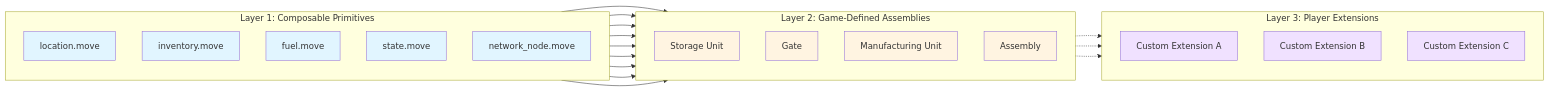
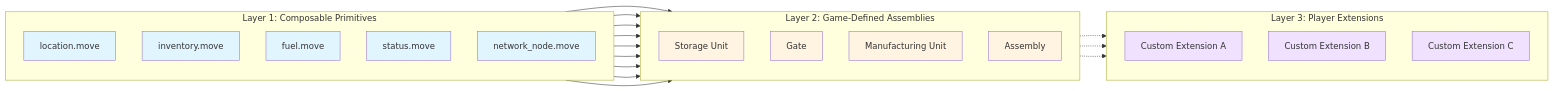
One commit to evefrontier/world-contracts changed the diagram in docs/architechture.md. Above: the diagram before and after it, drawn with Mermaid. The commit also changed other lines of this file, not shown here.

Commit message:
chore: renaming state to status

````diff
--- a/docs/architechture.md
+++ b/docs/architechture.md
@@ -133,49 +133,49 @@
 ```mermaid
 graph LR
     subgraph Layer1["Layer 1: Composable Primitives"]
         direction TB
         L1[location.move]
         L2[inventory.move]
         L3[fuel.move]
-        L4[state.move]
+        L4[status.move]
         L5[network_node.move]
     end
     
     subgraph Layer2["Layer 2: Game-Defined Assemblies"]
         direction TB
         C1[Storage Unit]
         C2[Gate]
         C3[Manufacturing Unit]
         C4[Assembly]
     end
     
     subgraph Layer3["Layer 3: Player Extensions"]
         direction TB
         PE1[Custom Extension A]
         PE2[Custom Extension B]
         PE3[Custom Extension C]
     end
     
     L1 --> C1 & C2
     L2 --> C1 & C3
     L3 --> C1 & C2 & C3
     L4 --> C4
     L5 --> C2
     
     C1 -.-> PE1
     C2 -.-> PE2
     C3 -.-> PE3
     
     style L1 fill:#e1f5ff
     style L2 fill:#e1f5ff
     style L3 fill:#e1f5ff
     style L4 fill:#e1f5ff
     style L5 fill:#e1f5ff
     style C1 fill:#fff4e1
     style C2 fill:#fff4e1
     style C3 fill:#fff4e1
     style C4 fill:#fff4e1
     style PE1 fill:#f0e1ff
     style PE2 fill:#f0e1ff
     style PE3 fill:#f0e1ff
 ```
````
